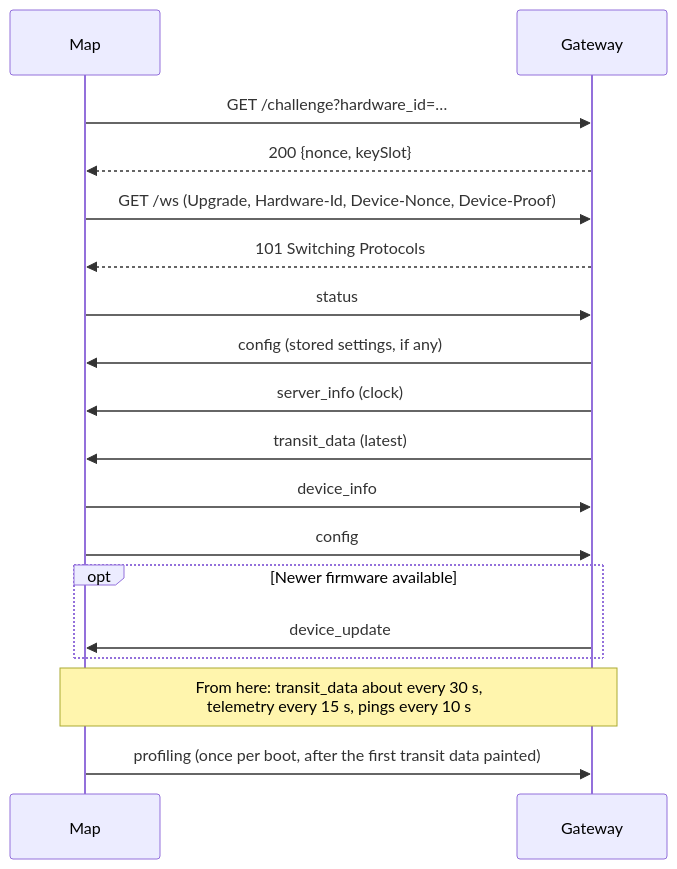
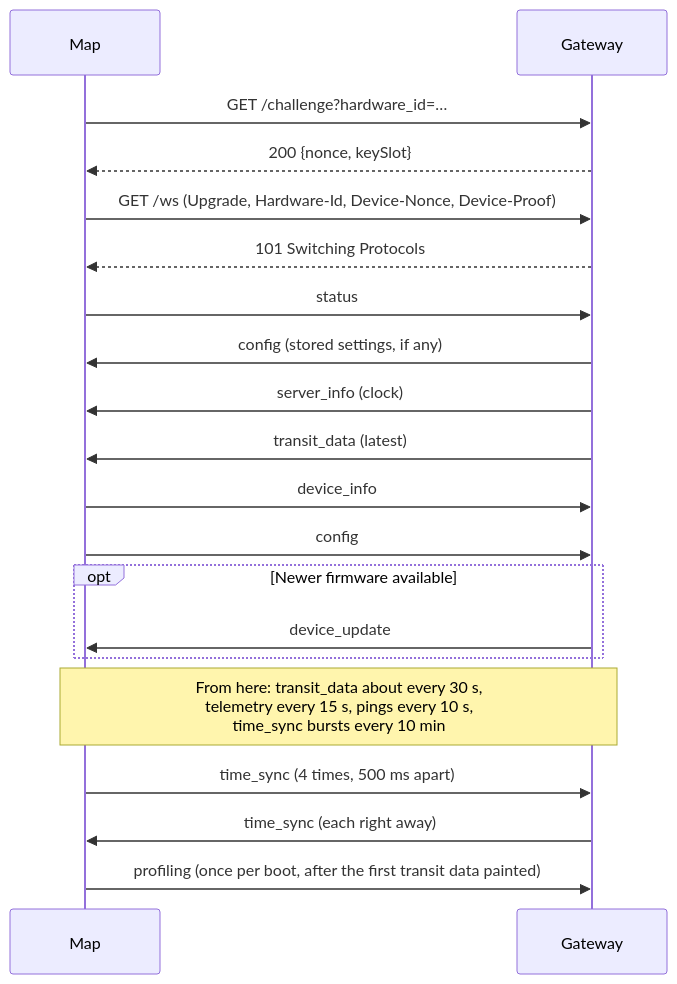
The diagram in docs/CLIENT_PROTOCOL.md (ledtransit/fw-ledtransit-map), drawn with Mermaid before and after one commit. The commit also changed other lines of this file and 15 other files, not shown here.

Commit message:
Add time sync process to calibrate world clock unix time, fixes multiple devices now render in sync independent of boot time

````diff
--- a/docs/CLIENT_PROTOCOL.md
+++ b/docs/CLIENT_PROTOCOL.md
@@ -59,20 +59,22 @@
 ```mermaid
 sequenceDiagram
     participant Map
     participant Gateway
     Map->>Gateway: GET /challenge?hardware_id=…
     Gateway-->>Map: 200 {nonce, keySlot}
     Map->>Gateway: GET /ws (Upgrade, Hardware-Id, Device-Nonce, Device-Proof)
     Gateway-->>Map: 101 Switching Protocols
     Map->>Gateway: status
     Gateway->>Map: config (stored settings, if any)
     Gateway->>Map: server_info (clock)
     Gateway->>Map: transit_data (latest)
     Map->>Gateway: device_info
     Map->>Gateway: config
     opt Newer firmware available
         Gateway->>Map: device_update
     end
-    Note over Map,Gateway: From here: transit_data about every 30 s,<br/>telemetry every 15 s, pings every 10 s
+    Note over Map,Gateway: From here: transit_data about every 30 s,<br/>telemetry every 15 s, pings every 10 s,<br/>time_sync bursts every 10 min
+    Map->>Gateway: time_sync (4 times, 500 ms apart)
+    Gateway->>Map: time_sync (each right away)
     Map->>Gateway: profiling (once per boot, after the first transit data painted)
 ```
````
